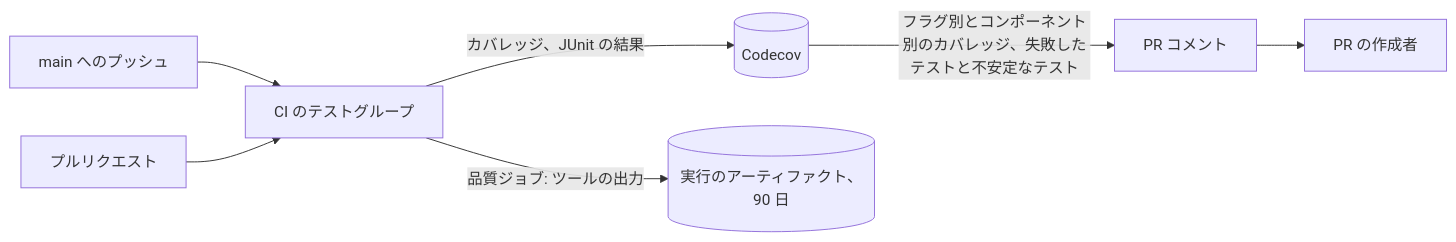
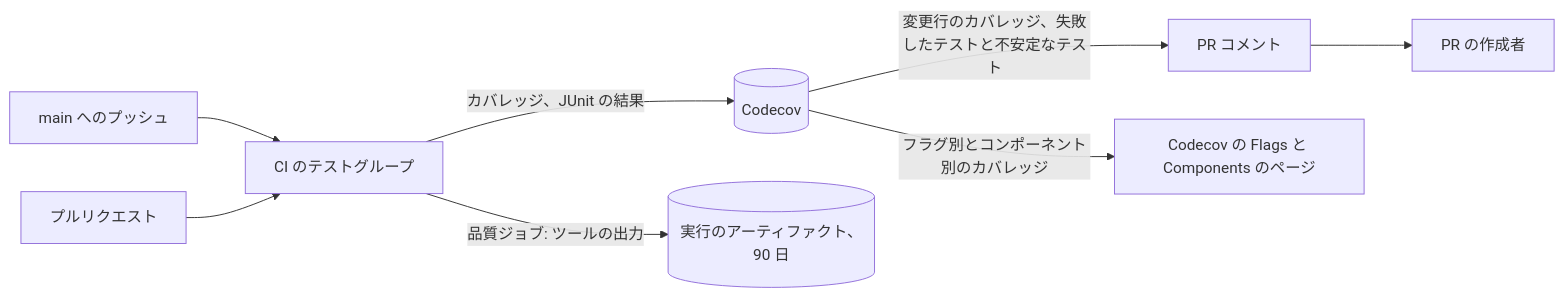
The diagram in translations/ja/docs/design-docs/test-quality-monitoring.md (syudead/vv), drawn with Mermaid before and after one commit. The commit also changed other lines of this file and 4 other files, not shown here.

````diff
--- a/translations/ja/docs/design-docs/test-quality-monitoring.md
+++ b/translations/ja/docs/design-docs/test-quality-monitoring.md
@@ -12,9 +12,10 @@
 ```mermaid
 flowchart LR
   push[main へのプッシュ] --> ci[CI のテストグループ]
   pr[プルリクエスト] --> ci
   ci -->|カバレッジ、JUnit の結果| codecov[(Codecov)]
   ci -->|品質ジョブ: ツールの出力| art[(実行のアーティファクト、90 日)]
-  codecov -->|フラグ別とコンポーネント別のカバレッジ、失敗したテストと不安定なテスト| prc[PR コメント]
+  codecov -->|変更行のカバレッジ、失敗したテストと不安定なテスト| prc[PR コメント]
+  codecov -->|フラグ別とコンポーネント別のカバレッジ| pages[Codecov の Flags と Components のページ]
   prc --> author[PR の作成者]
 ```
````
